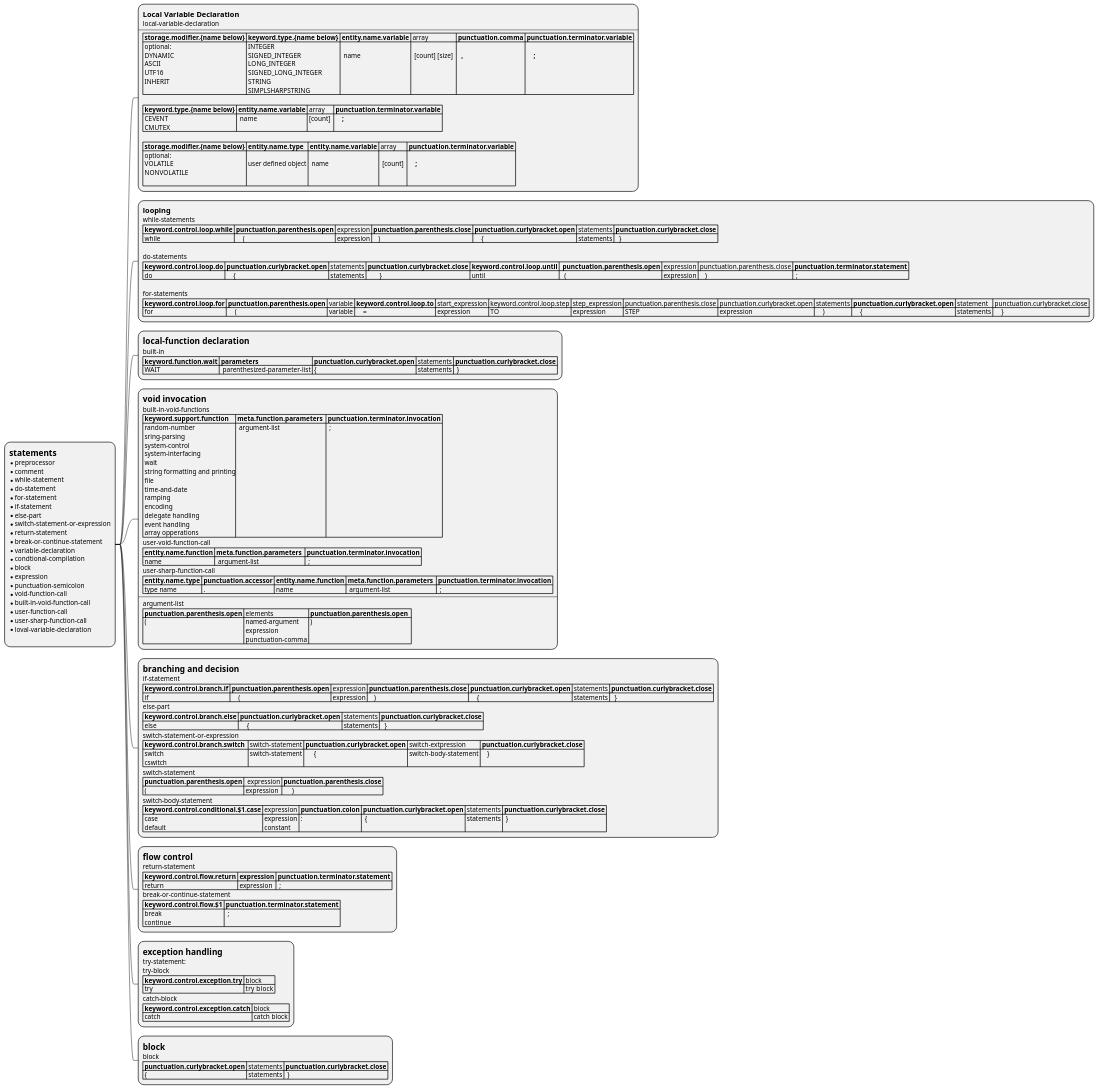
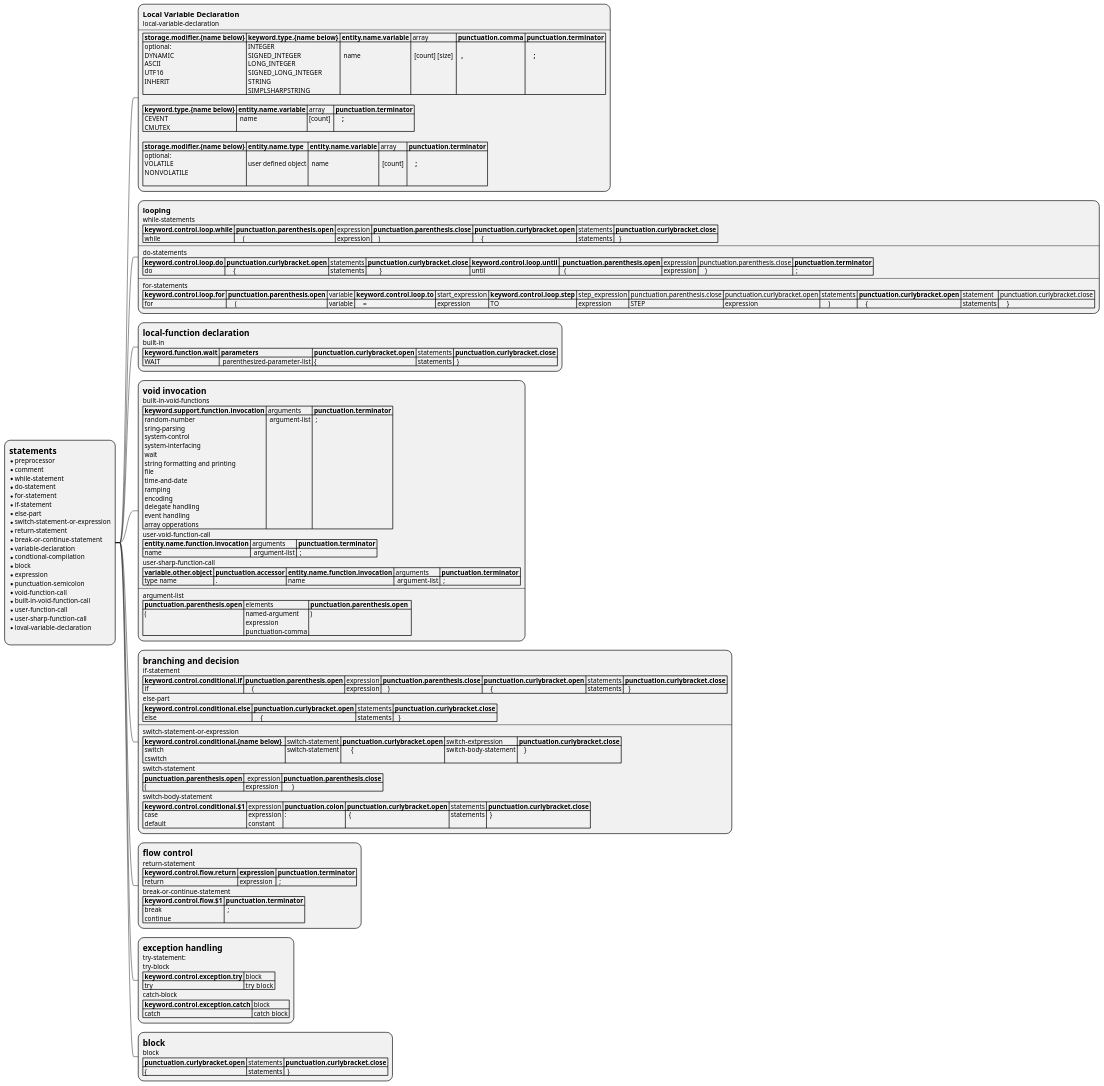
Before and after one commit to alvaroyurrita/vscode-crestron-splus: the diagram in UML/simpl-plus-syntax-mindmap/statements.puml, drawn with PlantUML. The commit also changed 6 other files, not shown here.

```diff
--- a/UML/simpl-plus-syntax-mindmap/statements.puml
+++ b/UML/simpl-plus-syntax-mindmap/statements.puml
@@ -1,110 +1,111 @@
 @startmindmap
 *:= statements
 * preprocessor
 * comment
 * while-statement
 * do-statement
 * for-statement
 * if-statement
 * else-part
 * switch-statement-or-expression
 * return-statement
 * break-or-continue-statement
 * variable-declaration
 * condtional-compilation
 * block
 * expression
 * punctuation-semicolon
 * void-function-call
 * built-in-void-function-call
 * user-function-call
 * user-sharp-function-call
 * loval-variable-declaration
 ;
 
 **:== Local Variable Declaration
 local-variable-declaration
 ----
-|= storage.modifier.{name below} |= keyword.type.{name below} |= entity.name.variable | array |= punctuation.comma |= punctuation.terminator.variable |
+|= storage.modifier.{name below} |= keyword.type.{name below} |= entity.name.variable | array |= punctuation.comma |= punctuation.terminator |
 | optional:\n DYNAMIC \n ASCII\n UTF16\n INHERIT | INTEGER\n SIGNED_INTEGER\n LONG_INTEGER\n SIGNED_LONG_INTEGER\n STRING\n SIMPLSHARPSTRING|  \n  name | \n  [count] [size]  |= \n   ,|=  \n     ; |
 
-|= keyword.type.{name below} |= entity.name.variable | array |= punctuation.terminator.variable |
+|= keyword.type.{name below} |= entity.name.variable | array |= punctuation.terminator |
 | CEVENT\n CMUTEX |  name  | [count]  |=     ; |
 
-|= storage.modifier.{name below} |= entity.name.type |= entity.name.variable | array |= punctuation.terminator.variable |
+|= storage.modifier.{name below} |= entity.name.type |= entity.name.variable | array |= punctuation.terminator |
 | optional:\n VOLATILE\n NONVOLATILE\n | \n user defined object |  \n  name | \n  [count]  |=  \n     ; |;
 
 
 **:== looping
 while-statements
 |= keyword.control.loop.while |= punctuation.parenthesis.open | expression |= punctuation.parenthesis.close |= punctuation.curlybracket.open | statements |= punctuation.curlybracket.close |
 | while |     ( | expression |    )  |     { | statements |   } |
-
+----
 do-statements
-|= keyword.control.loop.do |= punctuation.curlybracket.open | statements |= punctuation.curlybracket.close |= keyword.control.loop.until |=  punctuation.parenthesis.open | expression | punctuation.parenthesis.close |= punctuation.terminator.statement |
+|= keyword.control.loop.do |= punctuation.curlybracket.open | statements |= punctuation.curlybracket.close |= keyword.control.loop.until |=  punctuation.parenthesis.open | expression | punctuation.parenthesis.close |= punctuation.terminator |
 | do |     { | statements |        } | until |   ( | expression |    )  |  ; |
-
+----
 for-statements
-|= keyword.control.loop.for |= punctuation.parenthesis.open | variable |= keyword.control.loop.to | start_expression | keyword.control.loop.step | step_expression | punctuation.parenthesis.close | punctuation.curlybracket.open | statements |= punctuation.curlybracket.open | statement | punctuation.curlybracket.close |
+|= keyword.control.loop.for |= punctuation.parenthesis.open | variable |= keyword.control.loop.to | start_expression |= keyword.control.loop.step | step_expression | punctuation.parenthesis.close | punctuation.curlybracket.open | statements |= punctuation.curlybracket.open | statement | punctuation.curlybracket.close |
 | for |     ( | variable |     = | expression | TO | expression | STEP | expression |     ) |     { | statements |     } |;
 
 **:= local-function declaration
 built-in
 |= keyword.function.wait |= parameters |= punctuation.curlybracket.open | statements |= punctuation.curlybracket.close |
 | WAIT |  parenthesized-parameter-list | {  | statements |  }  |;
 
 **:= void invocation
 built-in-void-functions
-|= keyword.support.function |= meta.function.parameters  |= punctuation.terminator.invocation |
+|= keyword.support.function.invocation | arguments  |= punctuation.terminator |
 | random-number\n sring-parsing\n system-control\n system-interfacing\n wait\n string formatting and printing\n file\n time-and-date\n ramping\n encoding\n delegate handling\n event handling\n array opperations |  argument-list |  ;  |
 user-void-function-call
-|= entity.name.function |= meta.function.parameters  |= punctuation.terminator.invocation |
+|= entity.name.function.invocation | arguments  |= punctuation.terminator |
 | name |  argument-list |  ;  |
 user-sharp-function-call
-|= entity.name.type |= punctuation.accessor |= entity.name.function |= meta.function.parameters  |= punctuation.terminator.invocation |
+|= variable.other.object |= punctuation.accessor |= entity.name.function.invocation | arguments  |= punctuation.terminator |
 | type name | . | name |  argument-list |  ;  |
 ----
 argument-list
 |= punctuation.parenthesis.open | elements |= punctuation.parenthesis.open  |
 | (  | named-argument \n expression \n punctuation-comma | )  |;
 
 **:= branching and decision
 if-statement
-|= keyword.control.branch.if |= punctuation.parenthesis.open | expression |= punctuation.parenthesis.close |= punctuation.curlybracket.open | statements |= punctuation.curlybracket.close |
+|= keyword.control.conditional.if |= punctuation.parenthesis.open | expression |= punctuation.parenthesis.close |= punctuation.curlybracket.open | statements |= punctuation.curlybracket.close |
 | if |     ( | expression |    )  |     { | statements |   } |
 else-part
-|= keyword.control.branch.else |= punctuation.curlybracket.open | statements |= punctuation.curlybracket.close |
+|= keyword.control.conditional.else |= punctuation.curlybracket.open | statements |= punctuation.curlybracket.close |
 | else |     { | statements |   } |
+----
 switch-statement-or-expression
-|= keyword.control.branch.switch  | switch-statement |= punctuation.curlybracket.open | switch-extpression  |= punctuation.curlybracket.close |
+|= keyword.control.conditional.{name below}  | switch-statement |= punctuation.curlybracket.open | switch-extpression  |= punctuation.curlybracket.close |
 | switch \n cswitch | switch-statement |      { | switch-body-statement |    } |
 switch-statement
 |= punctuation.parenthesis.open |  expression |= punctuation.parenthesis.close |
 | ( | expression |      ) |
 switch-body-statement
-|= keyword.control.conditional.$1.case | expression |= punctuation.colon |= punctuation.curlybracket.open | statements |= punctuation.curlybracket.close |
+|= keyword.control.conditional.$1 | expression |= punctuation.colon |= punctuation.curlybracket.open | statements |= punctuation.curlybracket.close |
 | case \n default | expression \n constant | : |  { | statements |  }  |  ; |;
 
 **:= flow control
 return-statement
-|= keyword.control.flow.return |= expression |= punctuation.terminator.statement |
+|= keyword.control.flow.return |= expression |= punctuation.terminator |
 | return | expression |  ; |
 break-or-continue-statement
-|= keyword.control.flow.$1 |= punctuation.terminator.statement |
+|= keyword.control.flow.$1 |= punctuation.terminator |
 | break \n continue |  ; |;
 
 **:= exception handling
 try-statement:
 try-block
 |= keyword.control.exception.try | block |
 | try | try  block |
 catch-block
 |= keyword.control.exception.catch | block |
 | catch | catch block |;
 **:=block
 block
 |= punctuation.curlybracket.open | statements |= punctuation.curlybracket.close |
 | { | statements |  } |;
 
 
 @endmindmap
```
